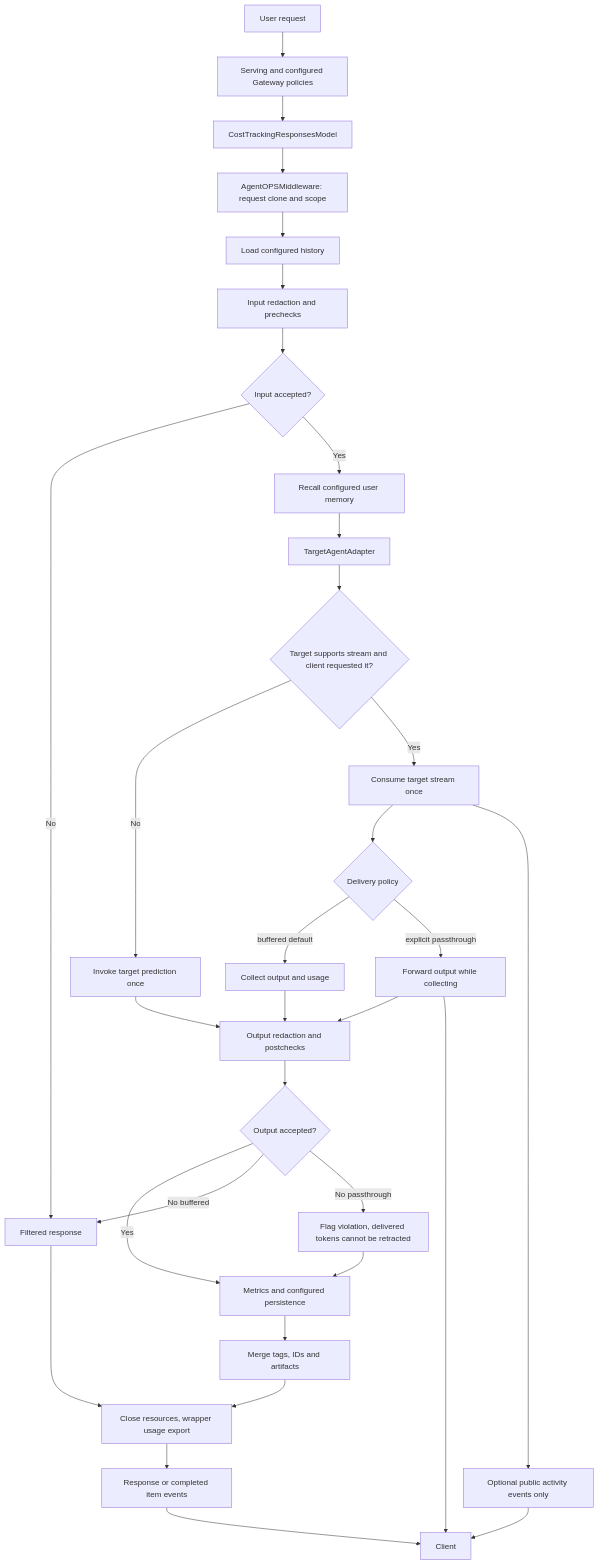
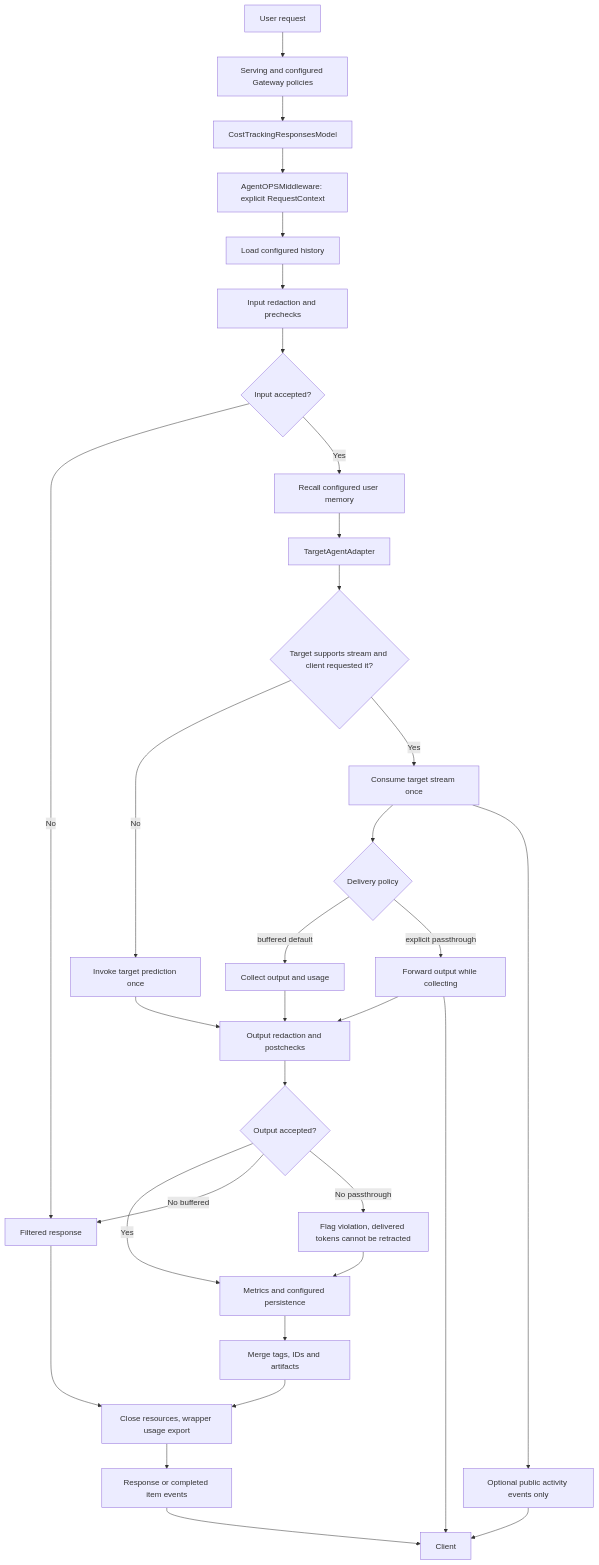
One commit to Narendra9999/Agentops-service changed the diagram in docs/development/diagrams/agentops-request-flow.mmd. Above: the diagram before and after it, drawn with Mermaid. The commit also changed 28 other files, not shown here.

Commit message:
Refactor inference to clone-free callbacks with explicit request context

```diff
--- a/docs/development/diagrams/agentops-request-flow.mmd
+++ b/docs/development/diagrams/agentops-request-flow.mmd
@@ -1,32 +1,32 @@
 flowchart TD
     U[User request] --> G[Serving and configured Gateway policies]
     G --> W[CostTrackingResponsesModel]
-    W --> B[AgentOPSMiddleware: request clone and scope]
+    W --> B[AgentOPSMiddleware: explicit RequestContext]
     B --> H[Load configured history]
     H --> P[Input redaction and prechecks]
     P --> Q{Input accepted?}
     Q -->|No| X[Filtered response]
     Q -->|Yes| M[Recall configured user memory]
     M --> A[TargetAgentAdapter]
     A --> S{Target supports stream and client requested it?}
     S -->|No| T[Invoke target prediction once]
     S -->|Yes| ST[Consume target stream once]
     ST --> BF{Delivery policy}
     BF -->|buffered default| HOLD[Collect output and usage]
     BF -->|explicit passthrough| LIVE[Forward output while collecting]
     ST --> ACT[Optional public activity events only]
     T --> POST[Output redaction and postchecks]
     HOLD --> POST
     LIVE --> POST
     POST --> OK{Output accepted?}
     OK -->|Yes| SAVE[Metrics and configured persistence]
     OK -->|No buffered| X
     OK -->|No passthrough| WARN[Flag violation, delivered tokens cannot be retracted]
     WARN --> SAVE
     SAVE --> FINAL[Merge tags, IDs and artifacts]
     FINAL --> CLOSE[Close resources, wrapper usage export]
     X --> CLOSE
     CLOSE --> OUT[Response or completed item events]
     ACT --> CLIENT[Client]
     LIVE --> CLIENT
     OUT --> CLIENT
```
